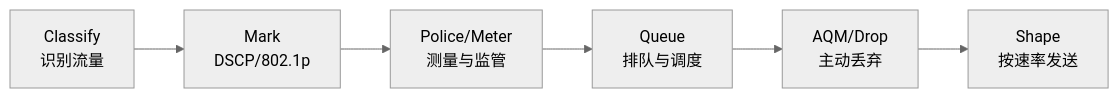
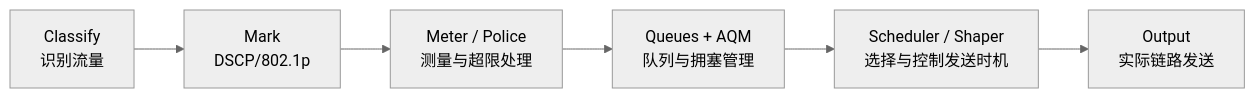
The diagram in docs/networking/automation/08-QoS流量工程.md (newswitch/newswitch.github.io), drawn with Mermaid (neutral theme) before and after one commit. The commit also changed other lines of this file and 10 other files, not shown here.

````diff
--- a/docs/networking/automation/08-QoS流量工程.md
+++ b/docs/networking/automation/08-QoS流量工程.md
@@ -34,8 +54,8 @@
 ```mermaid
 flowchart LR
     A["Classify<br/>识别流量"] --> B["Mark<br/>DSCP/802.1p"]
-    B --> C["Police/Meter<br/>测量与监管"]
-    C --> D["Queue<br/>排队与调度"]
-    D --> E["AQM/Drop<br/>主动丢弃"]
-    E --> F["Shape<br/>按速率发送"]
+    B --> C["Meter / Police<br/>测量与超限处理"]
+    C --> D["Queues + AQM<br/>队列与拥塞管理"]
+    D --> E["Scheduler / Shaper<br/>选择与控制发送时机"]
+    E --> F["Output<br/>实际链路发送"]
 ```
````
